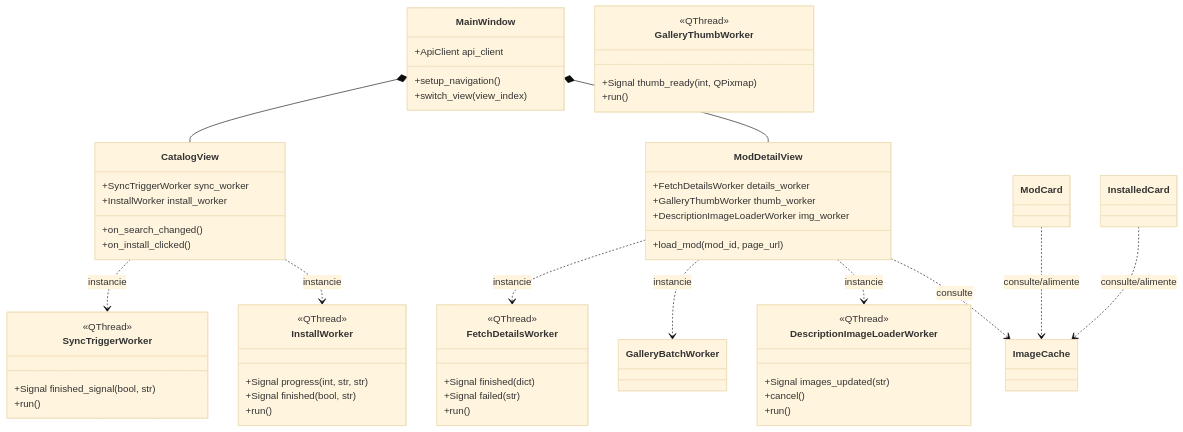
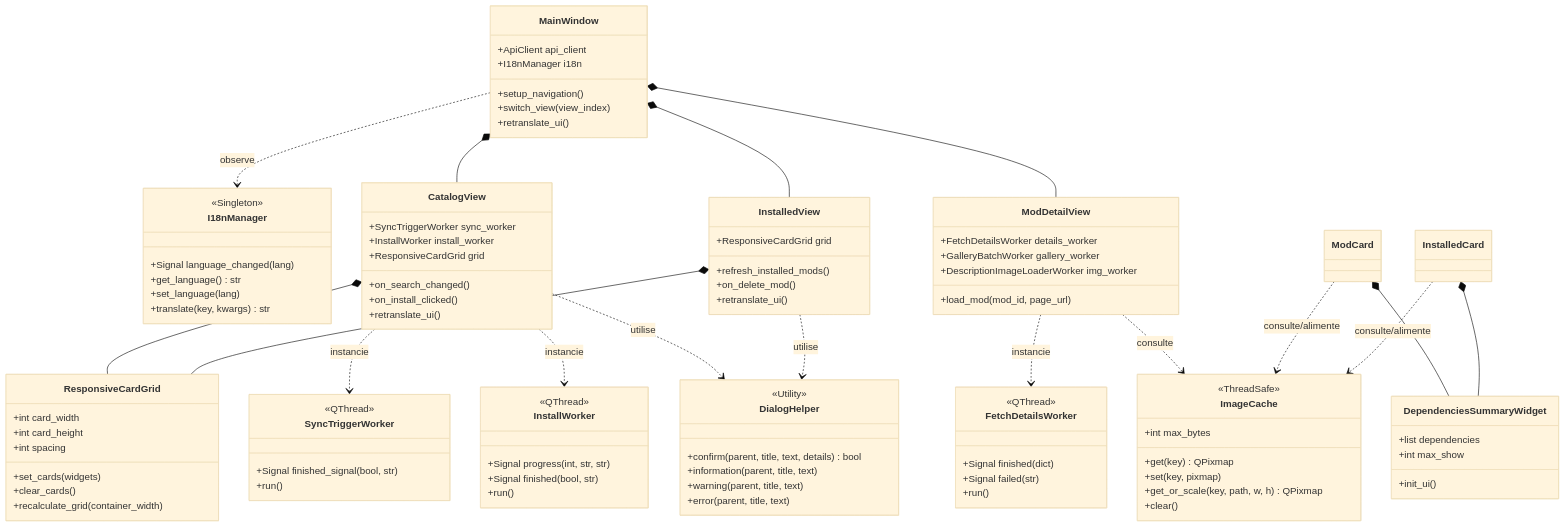
Before and after one commit to olahouze/SIMS4-Mods-Manager: the fourth of 5 diagrams in documentation/modules_and_classes.md, drawn with Mermaid (base theme). The commit also changed 41 other files, not shown here.

```diff
--- a/documentation/modules_and_classes.md
+++ b/documentation/modules_and_classes.md
@@ -199,22 +199,73 @@
 classDiagram
     class MainWindow {
         +ApiClient api_client
+        +I18nManager i18n
         +setup_navigation()
         +switch_view(view_index)
+        +retranslate_ui()
+    }
+
+    class I18nManager {
+        <<Singleton>>
+        +Signal language_changed(lang)
+        +get_language() str
+        +set_language(lang)
+        +translate(key, kwargs) str
+    }
+
+    class ResponsiveCardGrid {
+        +int card_width
+        +int card_height
+        +int spacing
+        +set_cards(widgets)
+        +clear_cards()
+        +recalculate_grid(container_width)
     }
 
     class CatalogView {
         +SyncTriggerWorker sync_worker
         +InstallWorker install_worker
+        +ResponsiveCardGrid grid
         +on_search_changed()
         +on_install_clicked()
+        +retranslate_ui()
+    }
+
+    class InstalledView {
+        +ResponsiveCardGrid grid
+        +refresh_installed_mods()
+        +on_delete_mod()
+        +retranslate_ui()
+    }
+
+    class DependenciesSummaryWidget {
+        +list dependencies
+        +int max_show
+        +init_ui()
+    }
+
+    class DialogHelper {
+        <<Utility>>
+        +confirm(parent, title, text, details) bool
+        +information(parent, title, text)
+        +warning(parent, title, text)
+        +error(parent, title, text)
     }
 
     class ModDetailView {
         +FetchDetailsWorker details_worker
-        +GalleryThumbWorker thumb_worker
+        +GalleryBatchWorker gallery_worker
         +DescriptionImageLoaderWorker img_worker
         +load_mod(mod_id, page_url)
+    }
+
+    class ImageCache {
+        <<ThreadSafe>>
+        +int max_bytes
+        +get(key) QPixmap
+        +set(key, pixmap)
+        +get_or_scale(key, path, w, h) QPixmap
+        +clear()
     }
 
     class SyncTriggerWorker {
@@ -237,26 +288,19 @@
         +run()
     }
 
-    class GalleryThumbWorker {
-        <<QThread>>
-        +Signal thumb_ready(int, QPixmap)
-        +run()
-    }
-
-    class DescriptionImageLoaderWorker {
-        <<QThread>>
-        +Signal images_updated(str)
-        +cancel()
-        +run()
-    }
-
     MainWindow *-- CatalogView
+    MainWindow *-- InstalledView
     MainWindow *-- ModDetailView
+    MainWindow ..> I18nManager : observe
+    CatalogView *-- ResponsiveCardGrid
+    InstalledView *-- ResponsiveCardGrid
     CatalogView ..> SyncTriggerWorker : instancie
     CatalogView ..> InstallWorker : instancie
+    CatalogView ..> DialogHelper : utilise
+    InstalledView ..> DialogHelper : utilise
+    ModCard *-- DependenciesSummaryWidget
+    InstalledCard *-- DependenciesSummaryWidget
     ModDetailView ..> FetchDetailsWorker : instancie
-    ModDetailView ..> GalleryBatchWorker : instancie
-    ModDetailView ..> DescriptionImageLoaderWorker : instancie
     ModDetailView ..> ImageCache : consulte
     ModCard ..> ImageCache : consulte/alimente
     InstalledCard ..> ImageCache : consulte/alimente
```
